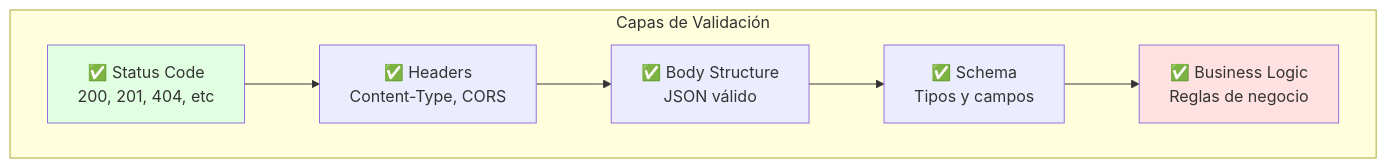
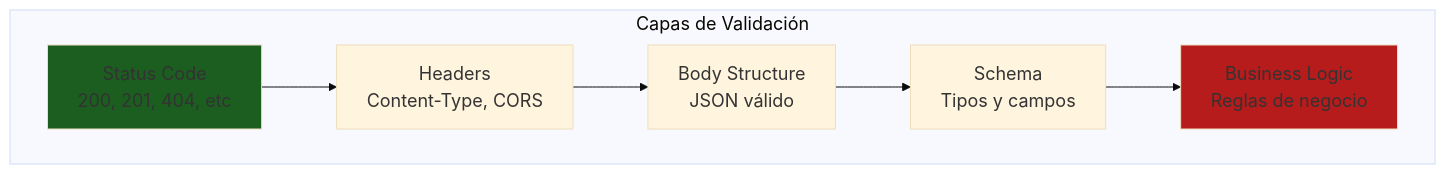
The fourth of 7 diagrams in courses/🟡-development/FPUNA-2026/01-DESARROLLO-SOFTWARE/especializaciones/qa-automation/02-pruebas-api.md (Ai-Whisperers/Courses-Content), drawn with Mermaid before and after one commit. The commit also changed other lines of this file and 47 other files, not shown here.

First line of the commit message:
fix: Make all 473 diagrams WCAG AAA accessible (FPUNA-2026)

````diff
--- a/courses/🟡-development/FPUNA-2026/01-DESARROLLO-SOFTWARE/especializaciones/qa-automation/02-pruebas-api.md
+++ b/courses/🟡-development/FPUNA-2026/01-DESARROLLO-SOFTWARE/especializaciones/qa-automation/02-pruebas-api.md
@@ -395,18 +398,19 @@
 ```mermaid
+%%{init: {'theme':'base', 'themeVariables': {'fontSize':'18px'}}}%%
 graph TD
     subgraph "Capas de Validación"
-        A[✅ Status Code<br/>200, 201, 404, etc]
-        B[✅ Headers<br/>Content-Type, CORS]
-        C[✅ Body Structure<br/>JSON válido]
-        D[✅ Schema<br/>Tipos y campos]
-        E[✅ Business Logic<br/>Reglas de negocio]
+        A[Status Code<br/>200, 201, 404, etc]
+        B[Headers<br/>Content-Type, CORS]
+        C[Body Structure<br/>JSON válido]
+        D[Schema<br/>Tipos y campos]
+        E[Business Logic<br/>Reglas de negocio]
     end
     
     A --> B
     B --> C
     C --> D
     D --> E
     
-    style A fill:#E1FFE1
-    style E fill:#FFE1E1
+    style A fill:#1b5e20
+    style E fill:#b71c1c
 ```
````
